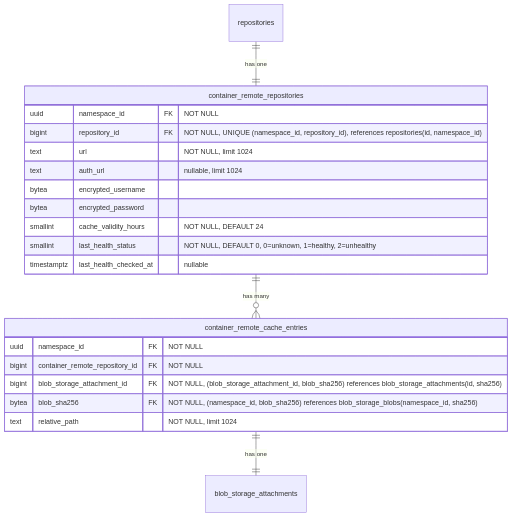
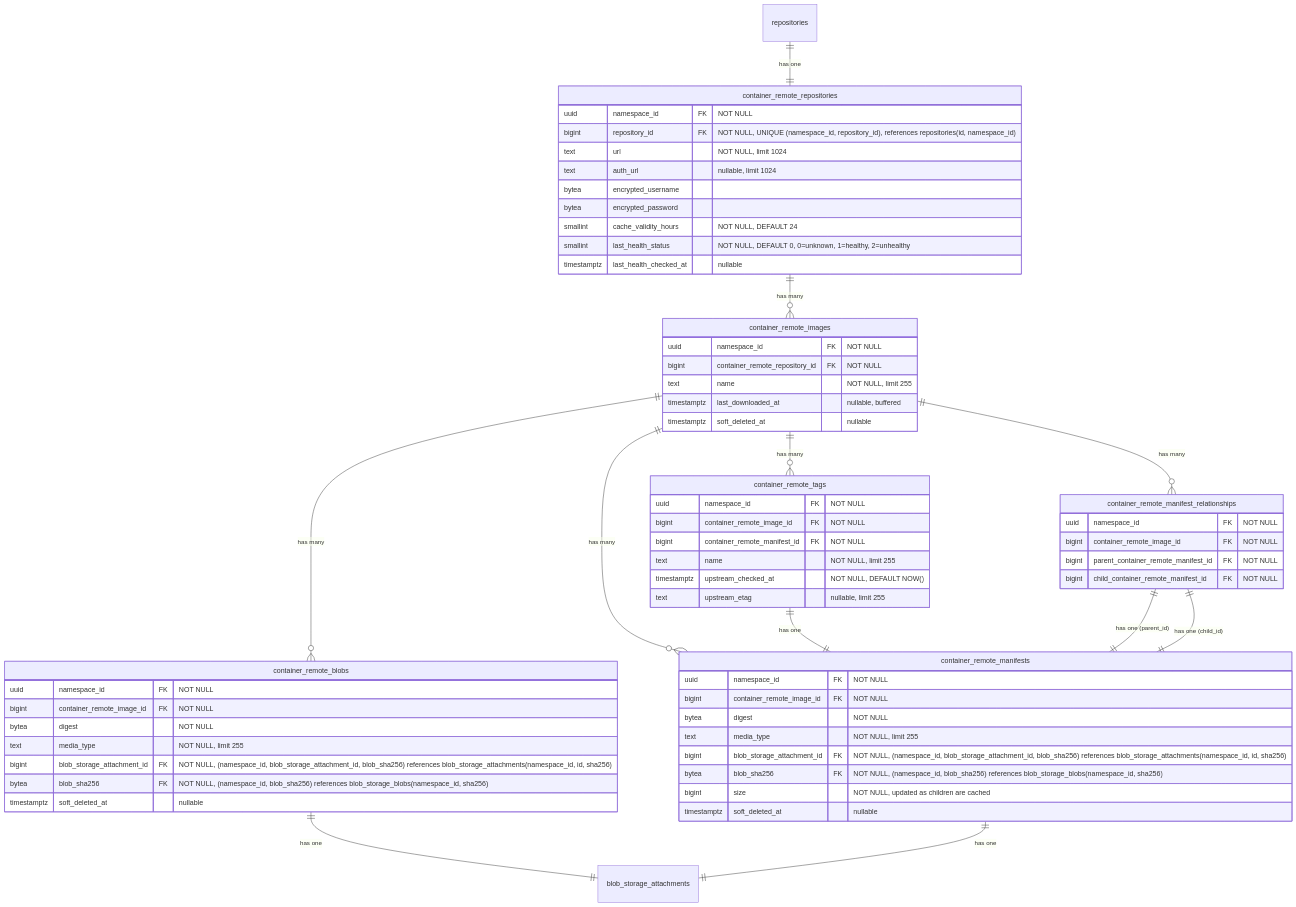
Before and after one commit to kyama0/gitlab-handbook-ja: the eighth of 19 diagrams in content/handbook/engineering/architecture/design-documents/artifact_registry/decisions/007_database_schema.md, drawn with Mermaid. The commit also changed other lines of this file and 1 other file, not shown here.

First line of the commit message:
translation: batch 2026-05-18-1 part 2 (ADR-007 database schema)

````diff
--- a/content/handbook/engineering/architecture/design-documents/artifact_registry/decisions/007_database_schema.md
+++ b/content/handbook/engineering/architecture/design-documents/artifact_registry/decisions/007_database_schema.md
@@ -477,26 +480,71 @@
 ```mermaid
 erDiagram
     repositories ||--|| container_remote_repositories : "has one"
-    container_remote_repositories ||--o{ container_remote_cache_entries : "has many"
-    container_remote_cache_entries ||--|| blob_storage_attachments : "has one"
+    container_remote_repositories ||--o{ container_remote_images : "has many"
+    container_remote_images ||--o{ container_remote_blobs : "has many"
+    container_remote_images ||--o{ container_remote_manifests : "has many"
+    container_remote_images ||--o{ container_remote_manifest_relationships : "has many"
+    container_remote_images ||--o{ container_remote_tags : "has many"
+    container_remote_tags ||--|| container_remote_manifests : "has one"
+    container_remote_blobs ||--|| blob_storage_attachments : "has one"
+    container_remote_manifests ||--|| blob_storage_attachments : "has one"
+    container_remote_manifest_relationships ||--|| container_remote_manifests : "has one (parent_id)"
+    container_remote_manifest_relationships ||--|| container_remote_manifests : "has one (child_id)"
 
     container_remote_repositories {
         uuid namespace_id FK "NOT NULL"
         bigint repository_id FK "NOT NULL, UNIQUE (namespace_id, repository_id), references repositories(id, namespace_id)"
         text url "NOT NULL, limit 1024"
         text auth_url "nullable, limit 1024"
         bytea encrypted_username
         bytea encrypted_password
         smallint cache_validity_hours "NOT NULL, DEFAULT 24"
         smallint last_health_status "NOT NULL, DEFAULT 0, 0=unknown, 1=healthy, 2=unhealthy"
         timestamptz last_health_checked_at "nullable"
     }
 
-    container_remote_cache_entries {
+    container_remote_images {
         uuid namespace_id FK "NOT NULL"
         bigint container_remote_repository_id FK "NOT NULL"
-        bigint blob_storage_attachment_id FK "NOT NULL, (blob_storage_attachment_id, blob_sha256) references blob_storage_attachments(id, sha256)"
+        text name "NOT NULL, limit 255"
+        timestamptz last_downloaded_at "nullable, buffered"
+        timestamptz soft_deleted_at "nullable"
+    }
+
+    container_remote_blobs {
+        uuid namespace_id FK "NOT NULL"
+        bigint container_remote_image_id FK "NOT NULL"
+        bytea digest "NOT NULL"
+        text media_type "NOT NULL, limit 255"
+        bigint blob_storage_attachment_id FK "NOT NULL, (namespace_id, blob_storage_attachment_id, blob_sha256) references blob_storage_attachments(namespace_id, id, sha256)"
         bytea blob_sha256 FK "NOT NULL, (namespace_id, blob_sha256) references blob_storage_blobs(namespace_id, sha256)"
-        text relative_path "NOT NULL, limit 1024"
+        timestamptz soft_deleted_at "nullable"
+    }
+
+    container_remote_manifests {
+        uuid namespace_id FK "NOT NULL"
+        bigint container_remote_image_id FK "NOT NULL"
+        bytea digest "NOT NULL"
+        text media_type "NOT NULL, limit 255"
+        bigint blob_storage_attachment_id FK "NOT NULL, (namespace_id, blob_storage_attachment_id, blob_sha256) references blob_storage_attachments(namespace_id, id, sha256)"
+        bytea blob_sha256 FK "NOT NULL, (namespace_id, blob_sha256) references blob_storage_blobs(namespace_id, sha256)"
+        bigint size "NOT NULL, updated as children are cached"
+        timestamptz soft_deleted_at "nullable"
+    }
+
+    container_remote_manifest_relationships {
+        uuid namespace_id FK "NOT NULL"
+        bigint container_remote_image_id FK "NOT NULL"
+        bigint parent_container_remote_manifest_id FK "NOT NULL"
+        bigint child_container_remote_manifest_id FK "NOT NULL"
+    }
+
+    container_remote_tags {
+        uuid namespace_id FK "NOT NULL"
+        bigint container_remote_image_id FK "NOT NULL"
+        bigint container_remote_manifest_id FK "NOT NULL"
+        text name "NOT NULL, limit 255"
+        timestamptz upstream_checked_at "NOT NULL, DEFAULT NOW()"
+        text upstream_etag "nullable, limit 255"
     }
 ```
````
